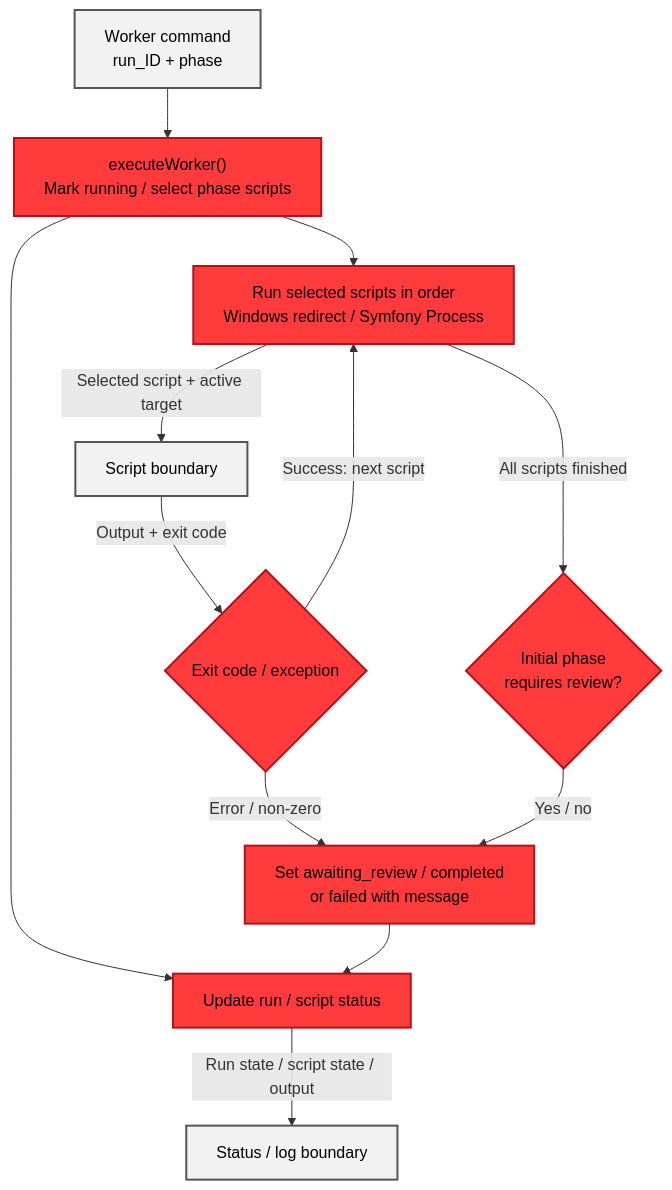
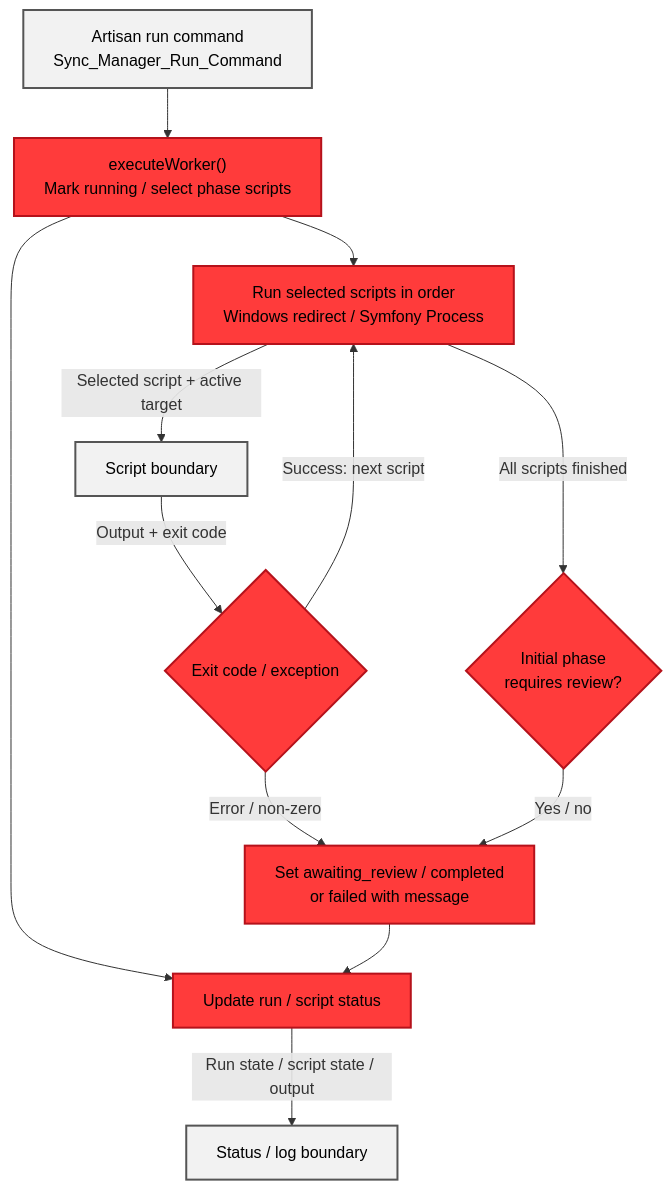
Before and after one commit to softwaretotest/learn_frontend: the sixth of 8 diagrams in docs/LARAVEL_M-BOT/Flow_Sync_Manager.md, drawn with Mermaid. The commit also changed other lines of this file and 2 other files, not shown here.

Commit message:
add comment and code example left columnn from  mermaid Syn_Manager

````diff
--- a/docs/LARAVEL_M-BOT/Flow_Sync_Manager.md
+++ b/docs/LARAVEL_M-BOT/Flow_Sync_Manager.md
@@ -189,30 +497,30 @@
 ```mermaid
 %%{init: {"flowchart": {"wrappingWidth": 280}}}%%
 graph TD
-COMMAND["Worker command<br/>run_ID + phase"]
+COMMAND["Artisan run command<br/>Sync_Manager_Run_Command"]
 EXECUTE["executeWorker()<br/>Mark running / select phase scripts"]
 RUN["Run selected scripts in order<br/>Windows redirect / Symfony Process"]
 RESULT{"Exit code / exception"}
 REVIEW{"Initial phase<br/>requires review?"}
 OUTCOME["Set awaiting_review / completed<br/>or failed with message"]
 STATE["Update run / script status"]
 SCRIPTS["Script boundary"]
 STORAGE["Status / log boundary"]
 
 COMMAND --> EXECUTE
 EXECUTE --> RUN
 RUN -->|"Selected script + active target"| SCRIPTS
 SCRIPTS -->|"Output + exit code"| RESULT
 RESULT -->|"Success: next script"| RUN
 RESULT -->|"Error / non-zero"| OUTCOME
 RUN -->|"All scripts finished"| REVIEW
 REVIEW -->|"Yes / no"| OUTCOME
 EXECUTE --> STATE
 OUTCOME --> STATE
 STATE -->|"Run state / script state / output"| STORAGE
 
 classDef red fill:#FF3B3B,stroke:#B5121B,stroke-width:2px,color:#000;
 classDef boundary fill:#F2F2F2,stroke:#555,stroke-width:2px,color:#000;
 class EXECUTE,RUN,RESULT,REVIEW,OUTCOME,STATE red;
 class COMMAND,SCRIPTS,STORAGE boundary;
 ```
````
